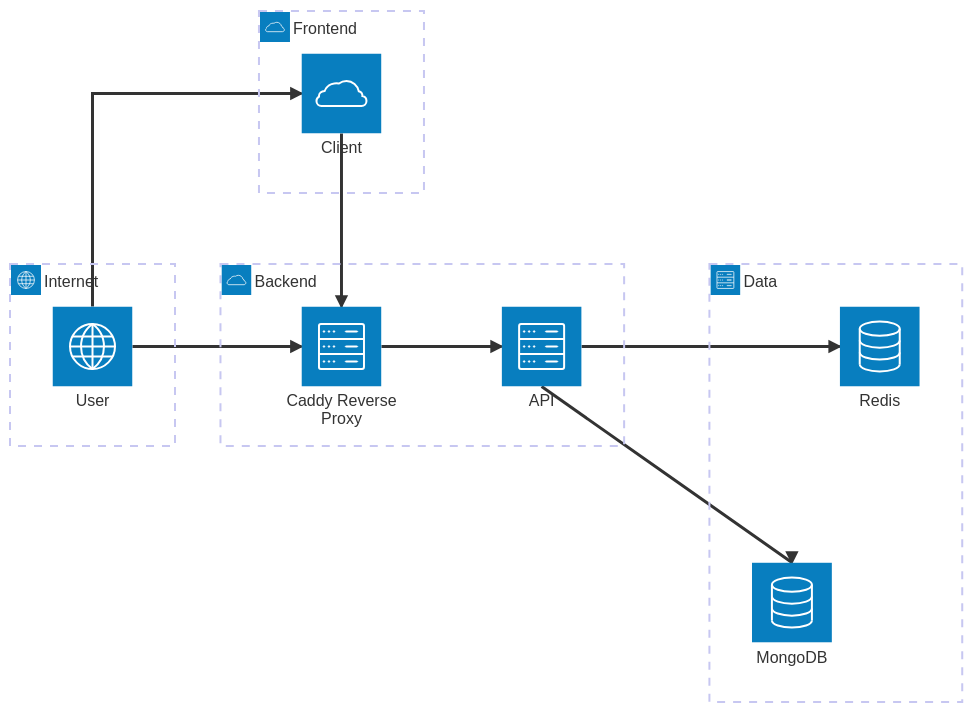
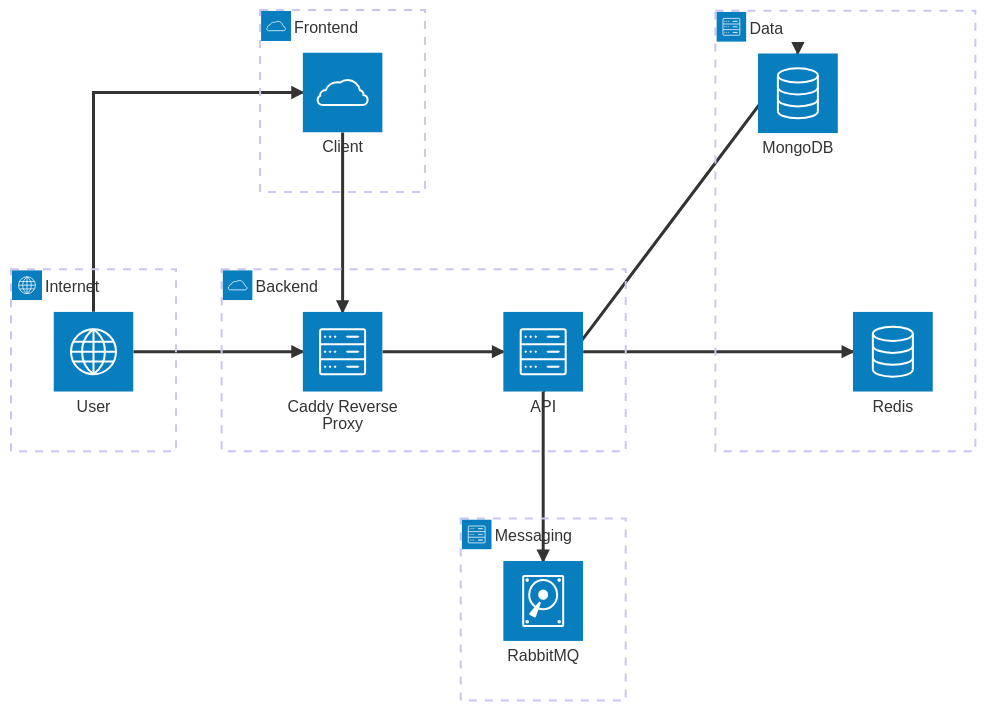
The diagram in README.md (WillianSilva51/FinFrases), drawn with Mermaid before and after one commit. The commit also changed other lines of this file and 32 other files, not shown here.

````diff
--- a/README.md
+++ b/README.md
@@ -35,33 +44,37 @@
 ```mermaid
 ---
 title: Arquitetura da Aplicação FinFrases
 config:
   architecture:
     randomize: true
 ---
 architecture-beta
     group internet(internet)[Internet]
         service user(internet)[User] in internet
     
     group frontend(cloud)[Frontend]
         service client(cloud)[Client] in frontend
 
     group backend(cloud)[Backend]
         service proxy(server)[Caddy Reverse Proxy] in backend
         service api(server)[API] in backend
     
     group data(server)[Data]
         service mongodb(database)[MongoDB] in data
         service redis(database)[Redis] in data
 
+    group messaging(server)[Messaging]
+        service rabbitmq(disk)[RabbitMQ] in messaging
+
 
     user:T --> L:client
     user:R --> L:proxy
 
     client:B --> T:proxy
 
     proxy:R --> L:api
 
     api:B --> T:mongodb
     api:R --> L:redis
+    api:B --> T:rabbitmq
 ```
````
